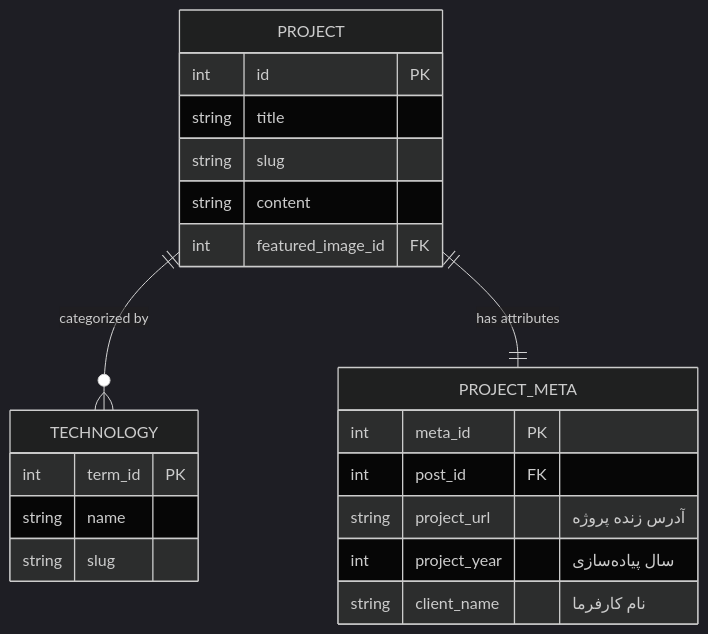
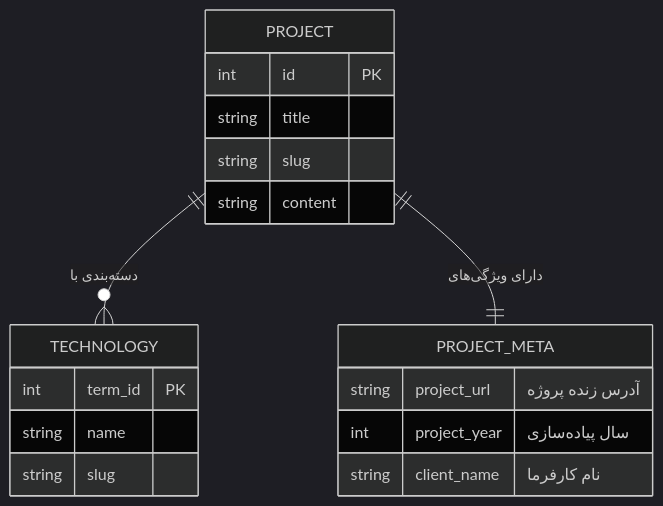
Before and after one commit to herehossein/headlessWP-nextJS: the diagram in book/05-custom-content-fields.md, drawn with Mermaid (dark theme). The commit also changed other lines of this file and 4 other files, not shown here.

````diff
--- a/book/05-custom-content-fields.md
+++ b/book/05-custom-content-fields.md
@@ -19,27 +11,24 @@
 ```mermaid
 erDiagram
-    PROJECT ||--o{ TECHNOLOGY : "categorized by"
-    PROJECT ||--|| PROJECT_META : "has attributes"
-
+    PROJECT ||--o{ TECHNOLOGY : "دسته‌بندی با"
+    PROJECT ||--|| PROJECT_META : "دارای ویژگی‌های"
+    
     PROJECT {
         int id PK
         string title
         string slug
         string content
-        int featured_image_id FK
     }
 
     TECHNOLOGY {
         int term_id PK
         string name
         string slug
     }
 
     PROJECT_META {
-        int meta_id PK
-        int post_id FK
         string project_url "آدرس زنده پروژه"
         int project_year "سال پیاده‌سازی"
         string client_name "نام کارفرما"
     }
 ```
````
